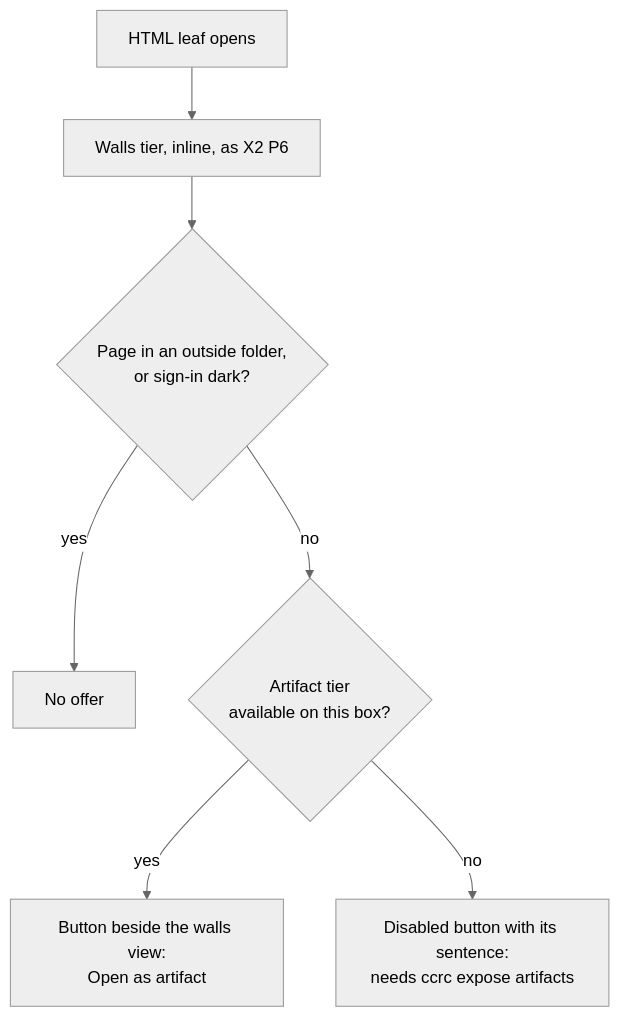
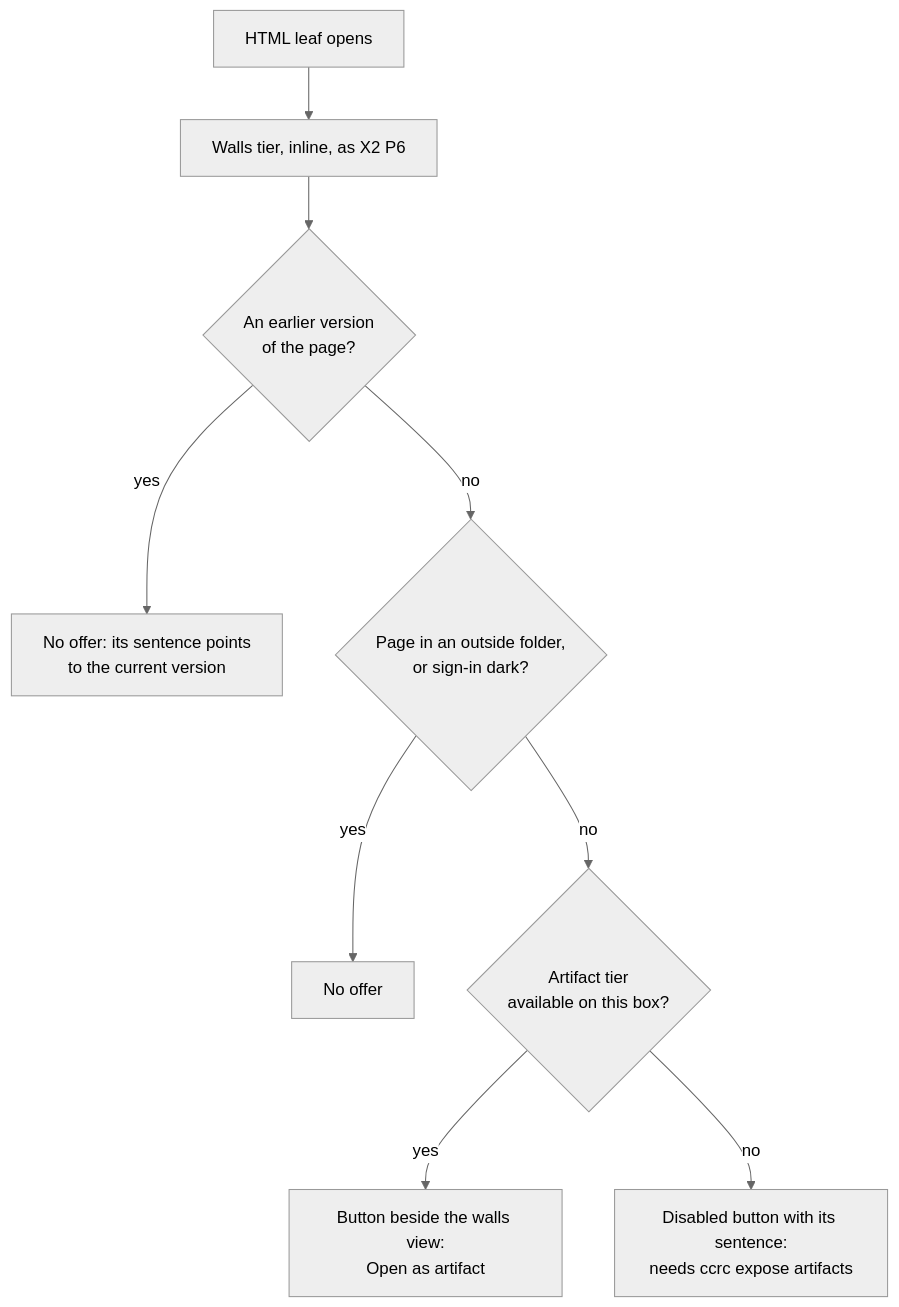
The fourth of 4 diagrams in docs/superpowers/specs/2026-11-19-native-docs-html-artifacts-design.md (Synapsium-Labs/ccrc-pwa), drawn with Mermaid (neutral theme) before and after one commit. The commit also changed other lines of this file and 2 other files, not shown here.

First line of the commit message:
docs(docs-reader): X5 round 2 N3 (ruling), version pages are out of the tier

````diff
--- a/docs/superpowers/specs/2026-11-19-native-docs-html-artifacts-design.md
+++ b/docs/superpowers/specs/2026-11-19-native-docs-html-artifacts-design.md
@@ -405,9 +407,11 @@
 ```mermaid
 flowchart TD
   L["HTML leaf opens"] --> W["Walls tier, inline, as X2 P6"]
-  W --> O{"Page in an outside folder,<br/>or sign-in dark?"}
+  W --> V{"An earlier version<br/>of the page?"}
+  V -- "yes" --> VN["No offer: its sentence points<br/>to the current version"]
+  V -- "no" --> O{"Page in an outside folder,<br/>or sign-in dark?"}
   O -- "yes" --> N["No offer"]
   O -- "no" --> H{"Artifact tier<br/>available on this box?"}
   H -- "yes" --> B["Button beside the walls view:<br/>Open as artifact"]
   H -- "no" --> T["Disabled button with its sentence:<br/>needs ccrc expose artifacts"]
 ```
````
